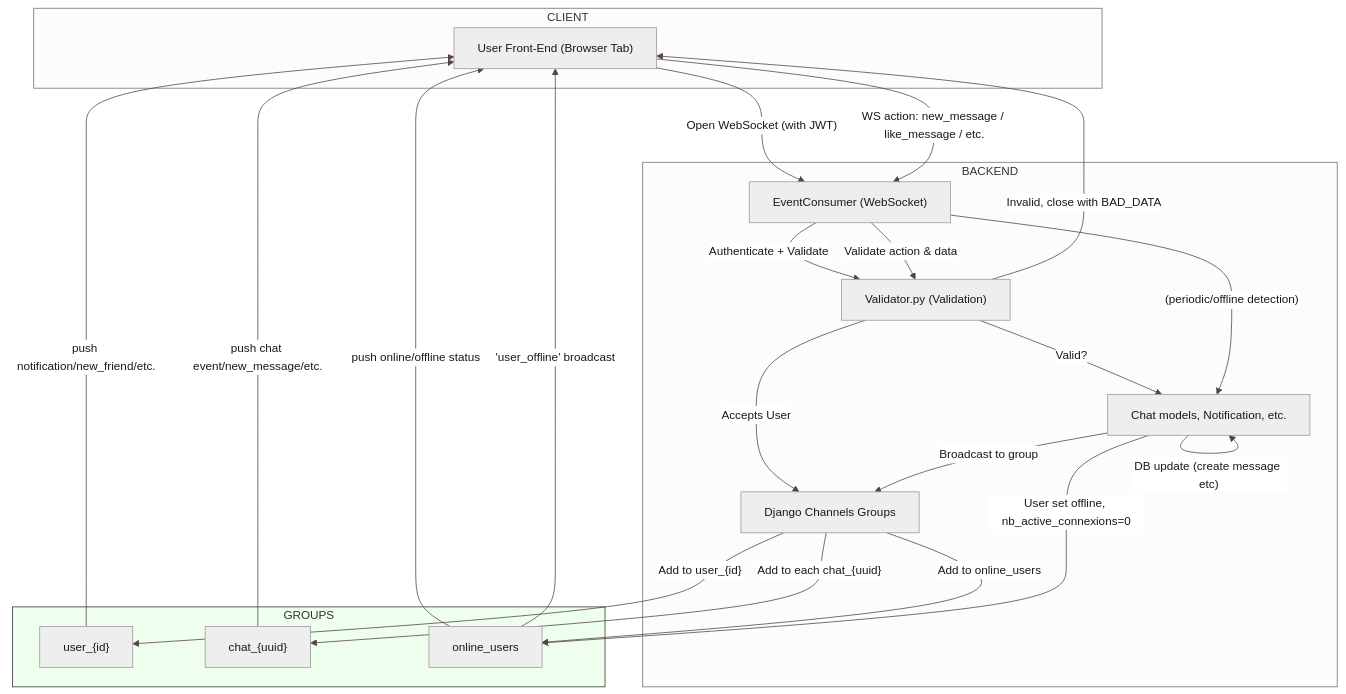
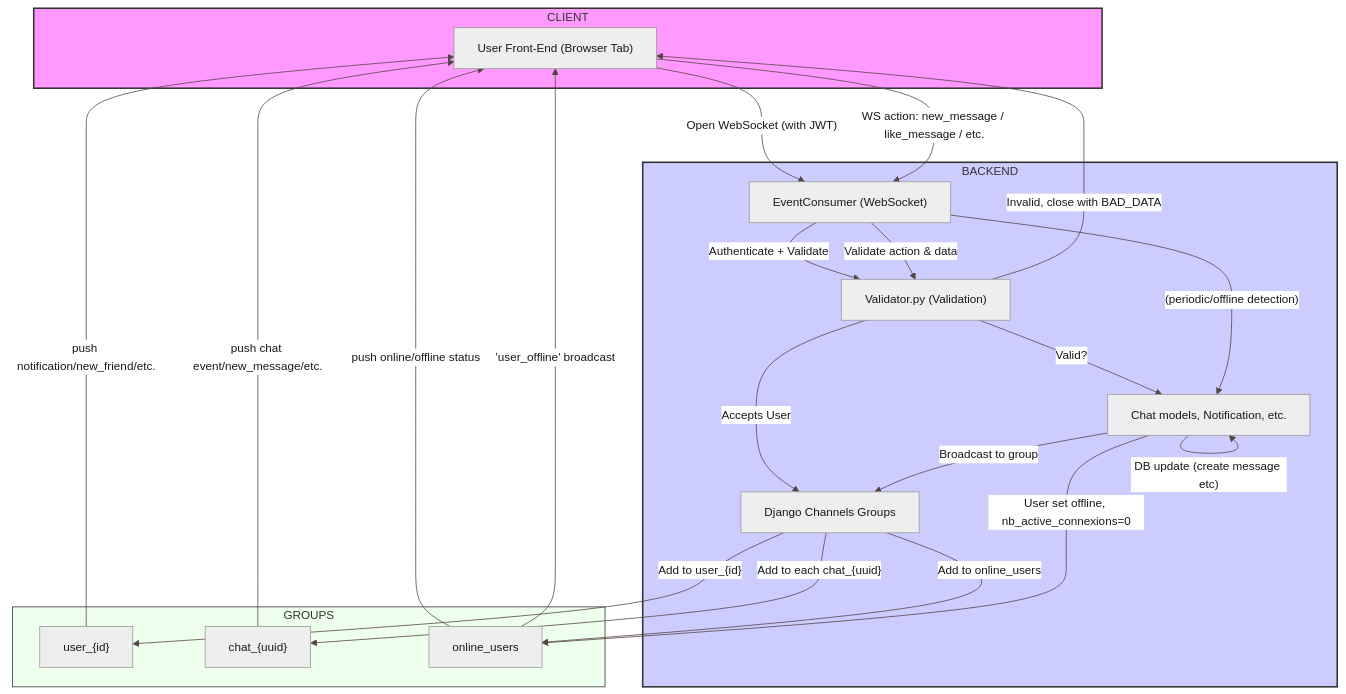
Before and after one commit to ysengoku/42-ft_transcendence: the diagram in doc/server/CHAT.md, drawn with Mermaid.

````diff
--- a/doc/server/CHAT.md
+++ b/doc/server/CHAT.md
@@ -167,69 +167,70 @@
 ```mermaid
 ---
 config:
   layout: dagre
   look: classic
   theme: neutral
   themeVariables:
     lineColor: '#544'
     textColor: '#191919'
     fontSize: 15px
     nodeTextColor: '#000'
     edgeLabelBackground: '#fff'
 ---
 flowchart TD
   %% Clients
   subgraph CLIENT
   A["User Front-End (Browser Tab)"]
   end
 
 
   %% Backend components
   subgraph BACKEND
     B["EventConsumer (WebSocket)"]
     C["Validator.py (Validation)"]
     D[Chat models, Notification, etc.]
     E[Django Channels Groups]
   end
 
   %% WebSocket groups
   subgraph GROUPS
     F["user_{id}"]
     G["chat_{uuid}"]
     H["online_users"]
   end
 
   %% WebSocket handshake
   A -- "Open WebSocket (with JWT)" --> B
 
   %% Join groups after validation
   B -- "Authenticate + Validate" --> C
   C -- "Accepts User" --> E
   E -- "Add to user_{id}" --> F
   E -- "Add to online_users" --> H
   E -- "Add to each chat_{uuid}" --> G
 
   %% Real-time message flow
   A -- "WS action: new_message / like_message / etc." --> B
   B -- "Validate action & data" --> C
   C -- "Valid?" --> D
   D -- "DB update (create message etc)" --> D
   D -- "Broadcast to group" --> E
 
   %% Group broadcasts back to clients
   F -- "push notification/new_friend/etc." --> A
   G -- "push chat event/new_message/etc." --> A
   H -- "push online/offline status" --> A
 
   %% Error/Validation fails
   C -- "Invalid, close with BAD_DATA" --> A
 
   %% Crontab/Inactive disconnect
   B -- "(periodic/offline detection)" --> D
   D -- "User set offline, nb_active_connexions=0" --> H
   H -- "'user_offline' broadcast" --> A
   %% Styling
-
+  style CLIENT fill:#f9f,stroke:#333,stroke-width:2px
+  style BACKEND fill:#ccf,stroke:#333,stroke-width:2px
   style GROUPS fill:#efe,stroke:#333,stroke-width:1px
 
 ```
````
